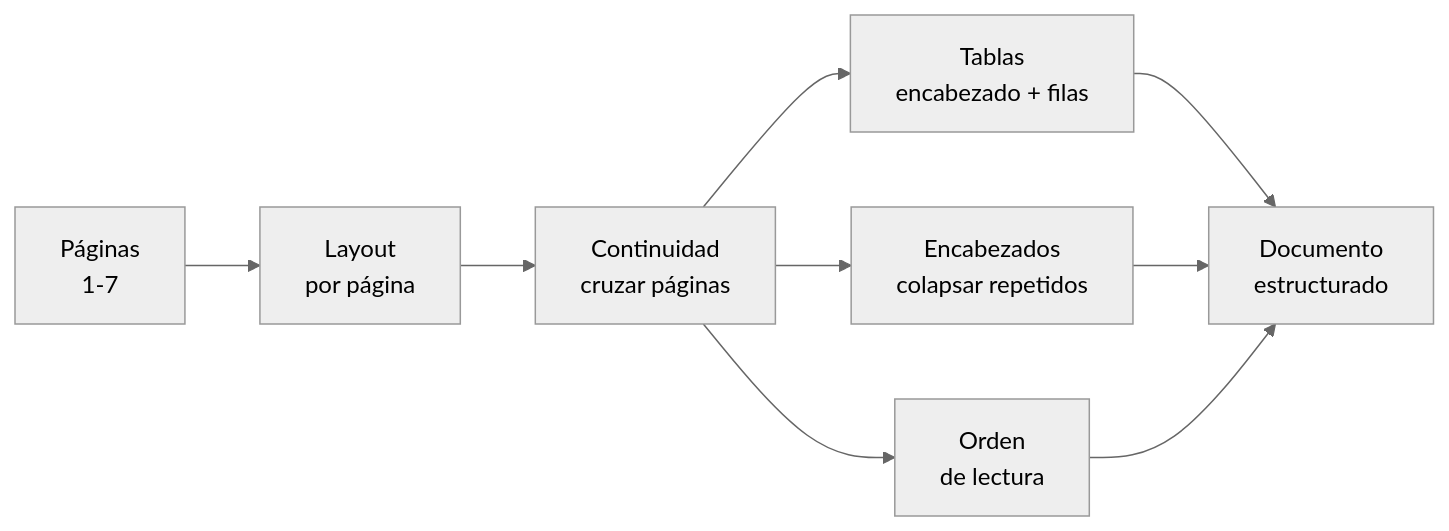
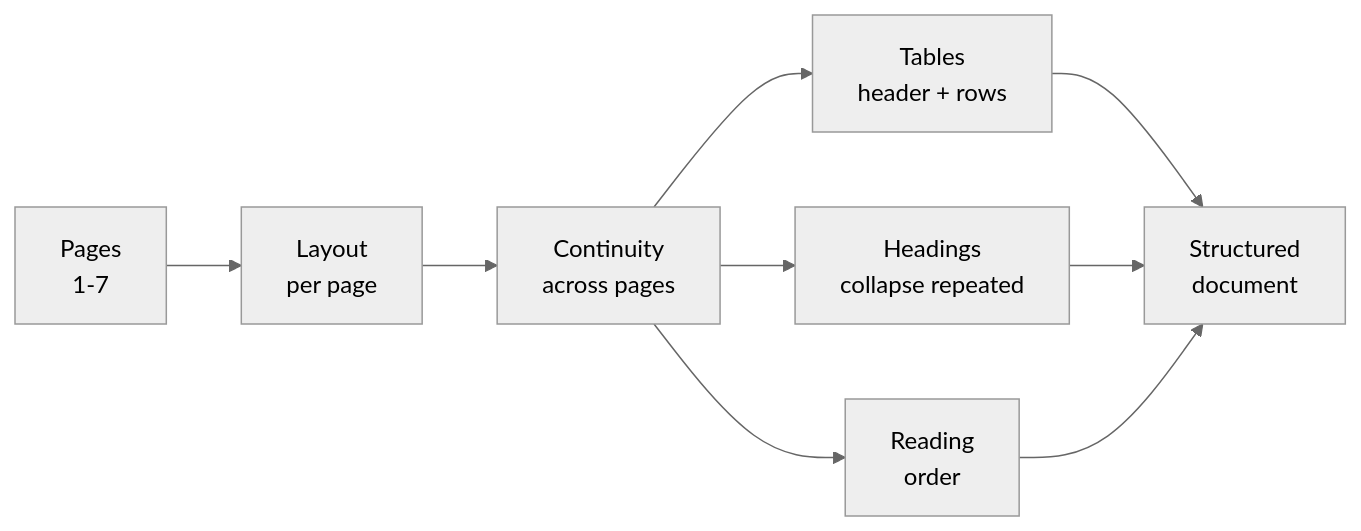
The seventh of 15 diagrams in README.md (mariogarcia-ar/docflow), drawn with Mermaid (neutral theme) before and after one commit. The commit also changed other lines of this file, not shown here.

````diff
--- a/README.md
+++ b/README.md
@@ -243,11 +243,11 @@
 ```mermaid
 graph LR
-    A["Páginas<br/>1-7"] --> B["Layout<br/>por página"]
-    B --> C["Continuidad<br/>cruzar páginas"]
-    C --> D["Tablas<br/>encabezado + filas"]
-    C --> E["Encabezados<br/>colapsar repetidos"]
-    C --> F["Orden<br/>de lectura"]
-    D --> G["Documento<br/>estructurado"]
+    A["Pages<br/>1-7"] --> B["Layout<br/>per page"]
+    B --> C["Continuity<br/>across pages"]
+    C --> D["Tables<br/>header + rows"]
+    C --> E["Headings<br/>collapse repeated"]
+    C --> F["Reading<br/>order"]
+    D --> G["Structured<br/>document"]
     E --> G
     F --> G
 ```
````
